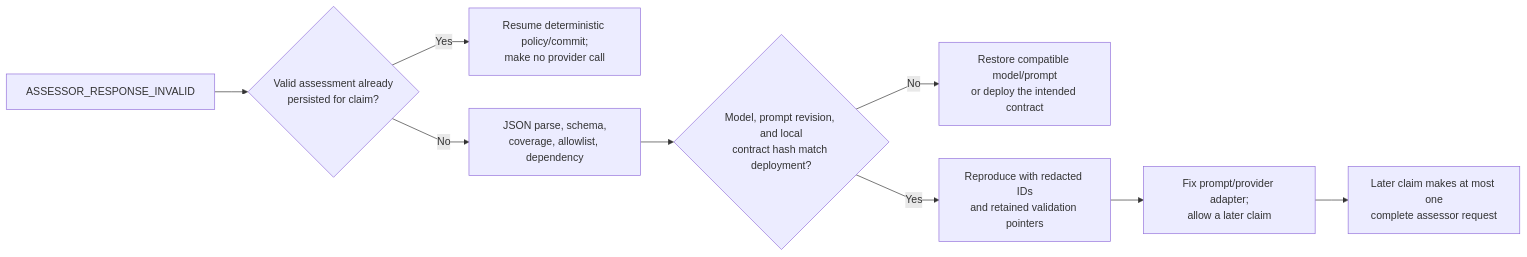
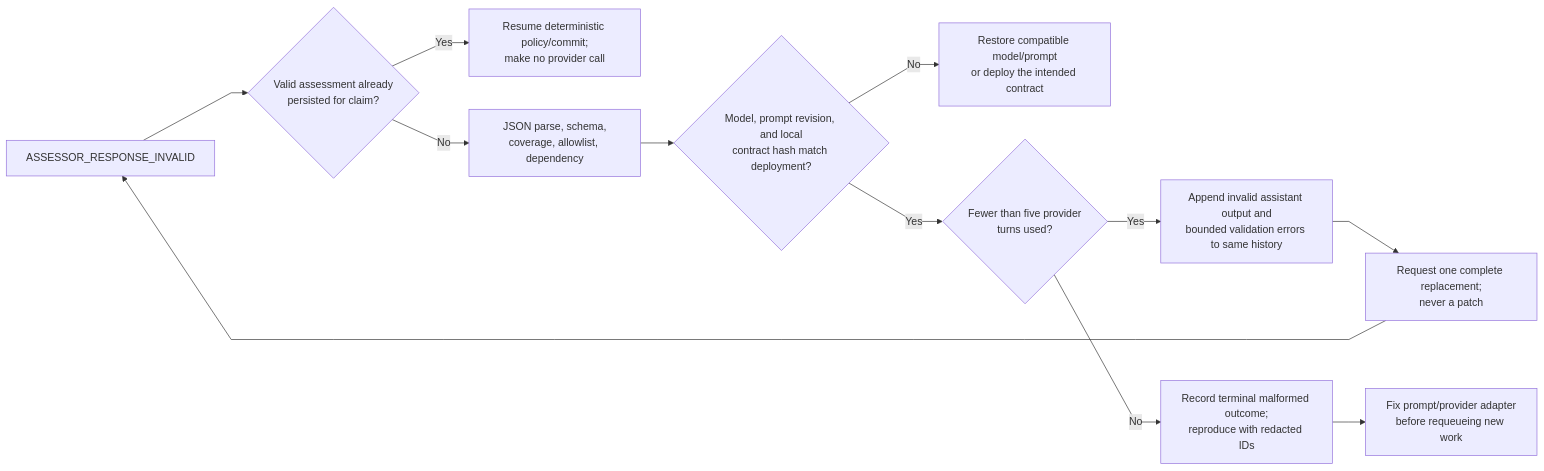
Before and after one commit to markhuangai/dense-mem: the fifth of 10 diagrams in Operations-Runbook.md, drawn with Mermaid. The commit also changed other lines of this file and 18 other files, not shown here.

Commit message:
docs: define assessor correction and provider retries

````diff
--- a/Operations-Runbook.md
+++ b/Operations-Runbook.md
@@ -222,12 +226,15 @@
 ```mermaid
 %%{init: {"flowchart": {"curve": "linear"}}}%%
 flowchart LR
   Invalid["ASSESSOR_RESPONSE_INVALID"] --> Persisted{"Valid assessment already<br/>persisted for claim?"}
   Persisted -- Yes --> Resume["Resume deterministic policy/commit;<br/>make no provider call"]
   Persisted -- No --> Classify["JSON parse, schema,<br/>coverage, allowlist, dependency"]
   Classify --> Contract{"Model, prompt revision, and local<br/>contract hash match deployment?"}
   Contract -- No --> Rollback["Restore compatible model/prompt<br/>or deploy the intended contract"]
-  Contract -- Yes --> Reproduce["Reproduce with redacted IDs<br/>and retained validation pointers"]
-  Reproduce --> Fix["Fix prompt/provider adapter;<br/>allow a later claim"]
-  Fix --> Later["Later claim makes at most one<br/>complete assessor request"]
+  Contract -- Yes --> Turns{"Fewer than five provider<br/>turns used?"}
+  Turns -- Yes --> Correct["Append invalid assistant output and<br/>bounded validation errors to same history"]
+  Correct --> Replace["Request one complete replacement;<br/>never a patch"]
+  Replace --> Invalid
+  Turns -- No --> Reproduce["Record terminal malformed outcome;<br/>reproduce with redacted IDs"]
+  Reproduce --> Fix["Fix prompt/provider adapter<br/>before requeueing new work"]
 ```
````
